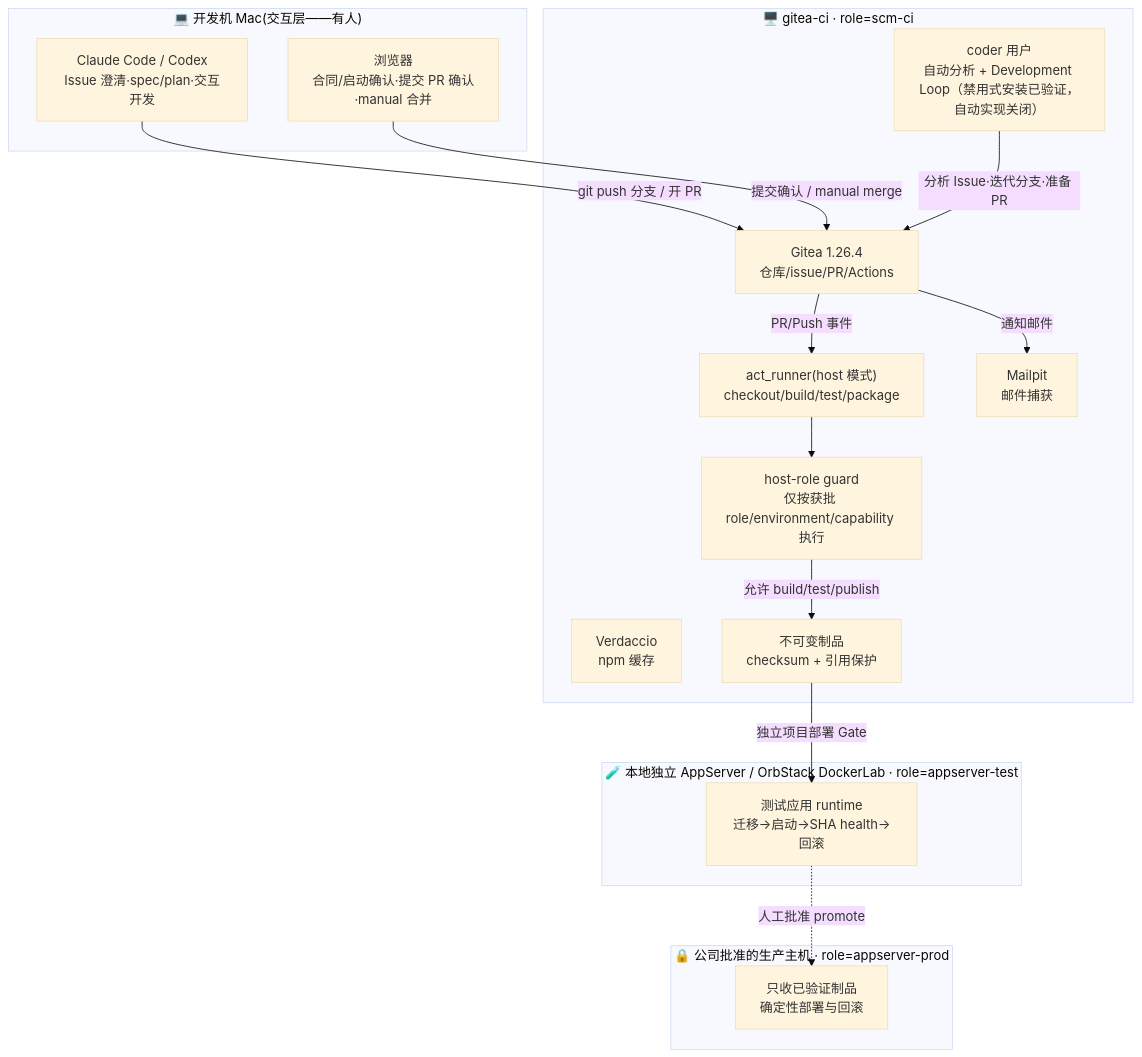
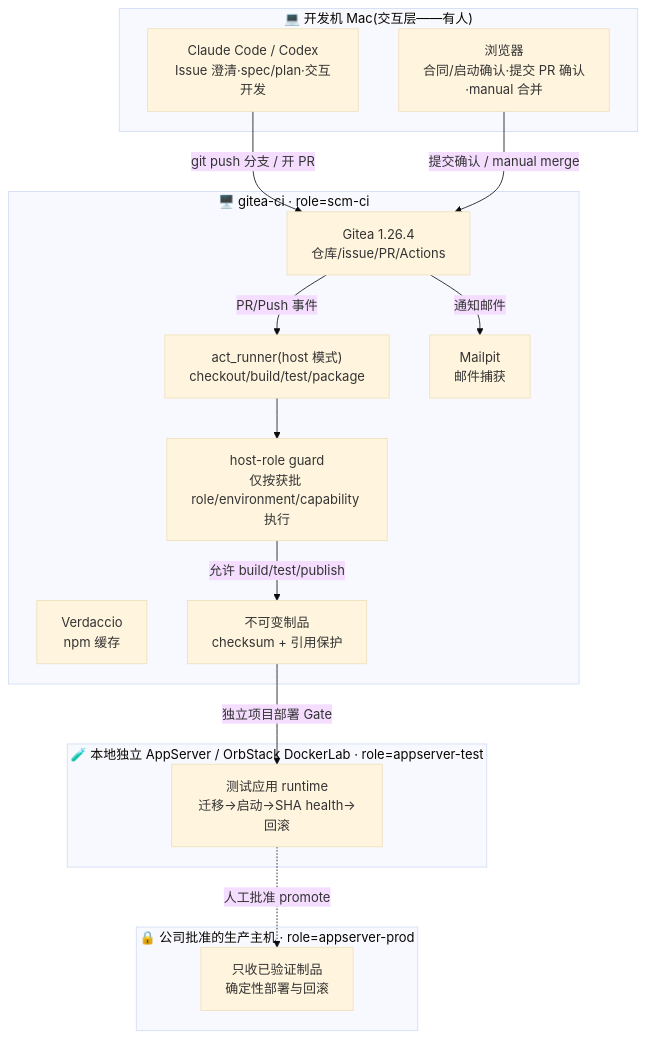
The first of 2 diagrams in README.md (BenQue/AIGitea), drawn with Mermaid (base theme) before and after one commit. The commit also changed other lines of this file and 27 other files, not shown here.

````diff
--- a/README.md
+++ b/README.md
@@ -46,35 +46,33 @@
 ```mermaid
 flowchart TB
     subgraph MAC["💻 开发机 Mac(交互层——有人)"]
         DEV["Claude Code / Codex<br/>Issue 澄清·spec/plan·交互开发"]
         BROWSER["浏览器<br/>合同/启动确认·提交 PR 确认·manual 合并"]
     end
 
     subgraph VM1["🖥️ gitea-ci · role=scm-ci"]
         GITEA["Gitea 1.26.4<br/>仓库/issue/PR/Actions"]
         RUNNER["act_runner(host 模式)<br/>checkout/build/test/package"]
-        AGENT["coder 用户<br/>自动分析 + Development Loop（禁用式安装已验证，自动实现关闭）"]
         VERD["Verdaccio<br/>npm 缓存"]
         MAIL["Mailpit<br/>邮件捕获"]
         ART["不可变制品<br/>checksum + 引用保护"]
         GUARD["host-role guard<br/>仅按获批 role/environment/capability 执行"]
     end
 
     subgraph TESTHOST["🧪 本地独立 AppServer / OrbStack DockerLab · role=appserver-test"]
         TEST["测试应用 runtime<br/>迁移→启动→SHA health→回滚"]
     end
 
     subgraph PRODHOST["🔒 公司批准的生产主机 · role=appserver-prod"]
         PROD["只收已验证制品<br/>确定性部署与回滚"]
     end
 
     DEV -->|"git push 分支 / 开 PR"| GITEA
     BROWSER -->|"提交确认 / manual merge"| GITEA
-    AGENT -->|"分析 Issue·迭代分支·准备 PR"| GITEA
     GITEA -->|"PR/Push 事件"| RUNNER
     RUNNER --> GUARD
     GUARD -->|"允许 build/test/publish"| ART
     ART -->|"独立项目部署 Gate"| TEST
     TEST -.->|"人工批准 promote"| PROD
     GITEA -->|"通知邮件"| MAIL
 ```
````
